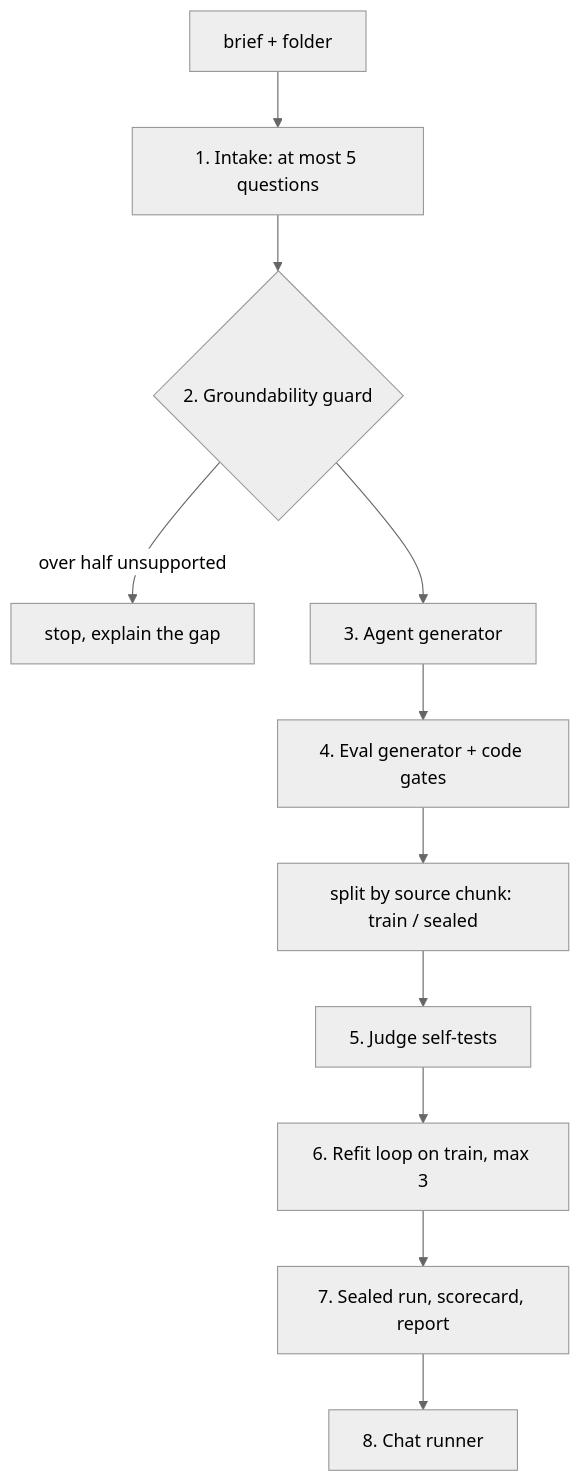
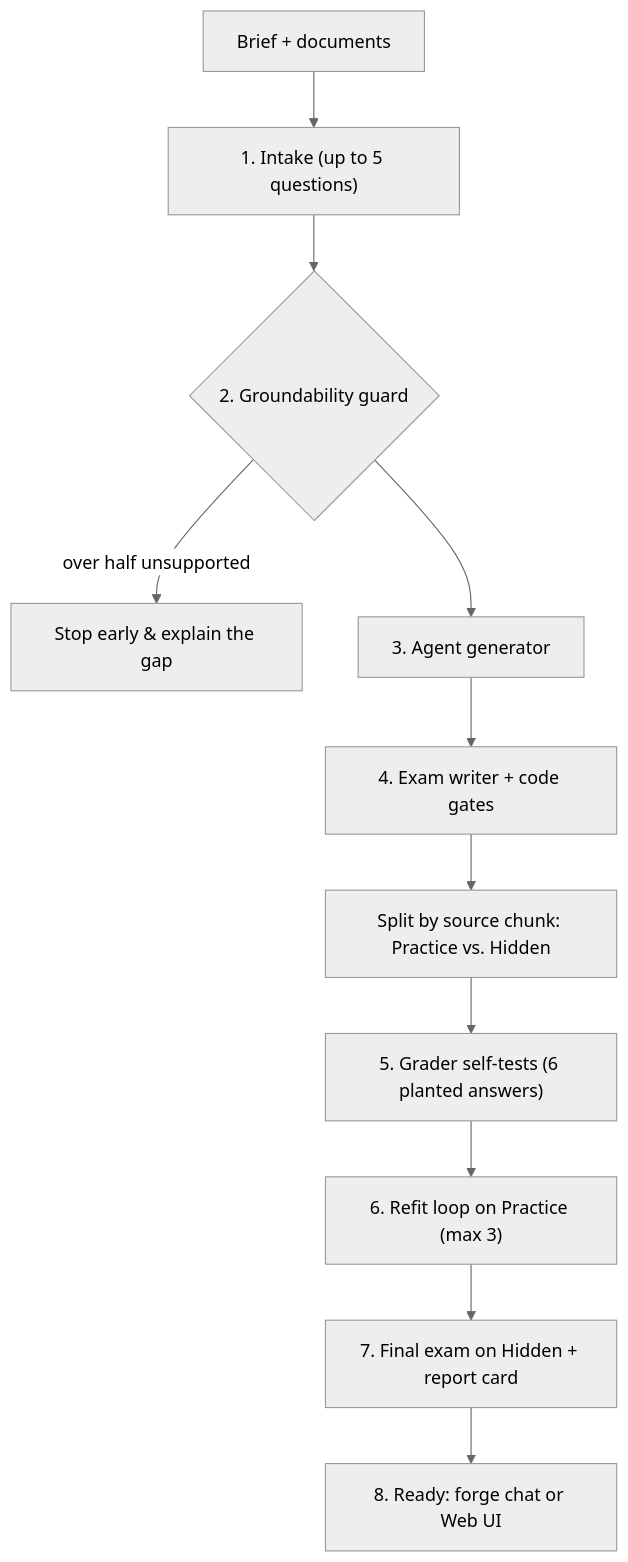
One commit to shaadart/forgeai changed the diagram in README.md. Above: the diagram before and after it, drawn with Mermaid (neutral theme). The commit also changed other lines of this file and 8 other files, not shown here.

````diff
--- a/README.md
+++ b/README.md
@@ -112,13 +48,13 @@
 ```mermaid
 flowchart TD
-    B[brief + folder] --> I[1. Intake: at most 5 questions]
-    I --> G{2. Groundability guard}
-    G -->|over half unsupported| X[stop, explain the gap]
-    G --> A[3. Agent generator]
-    A --> E[4. Eval generator + code gates]
-    E --> S[split by source chunk: train / sealed]
-    S --> C[5. Judge self-tests]
-    C --> L[6. Refit loop on train, max 3]
-    L --> R[7. Sealed run, scorecard, report]
-    R --> H[8. Chat runner]
+    B["Brief + documents"] --> I["1. Intake (up to 5 questions)"]
+    I --> G{"2. Groundability guard"}
+    G -->|over half unsupported| X["Stop early & explain the gap"]
+    G --> A["3. Agent generator"]
+    A --> E["4. Exam writer + code gates"]
+    E --> S["Split by source chunk: Practice vs. Hidden"]
+    S --> C["5. Grader self-tests (6 planted answers)"]
+    C --> L["6. Refit loop on Practice (max 3)"]
+    L --> R["7. Final exam on Hidden + report card"]
+    R --> H["8. Ready: forge chat or Web UI"]
 ```
````
